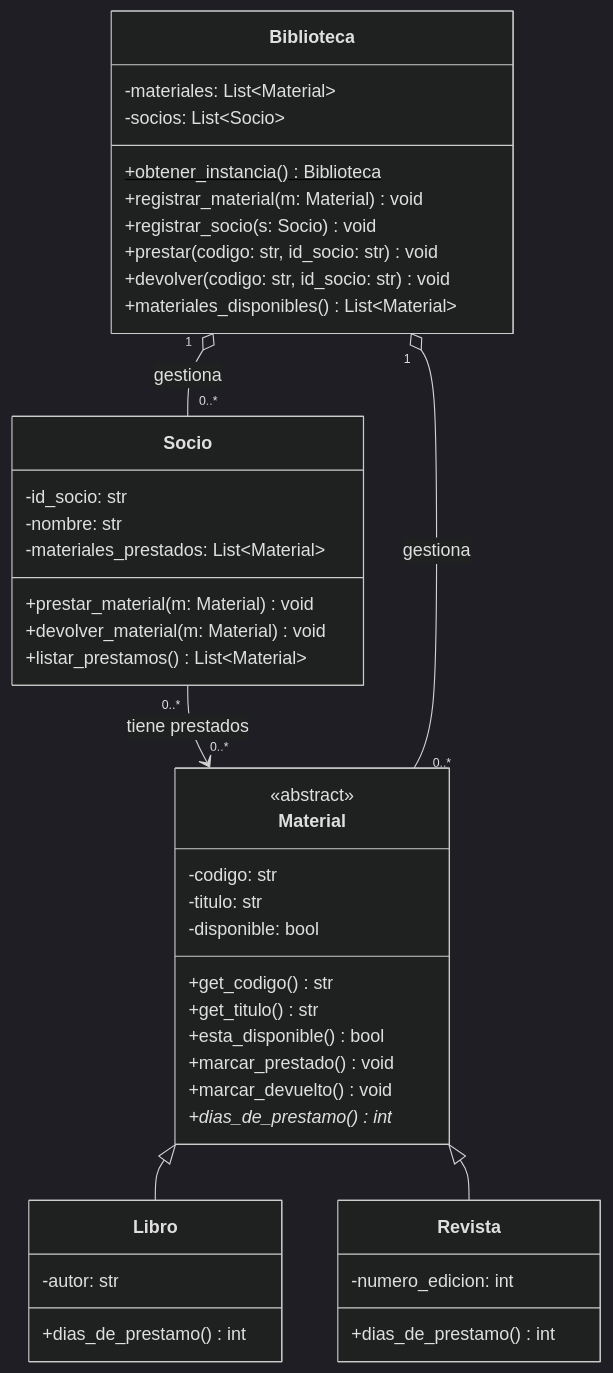
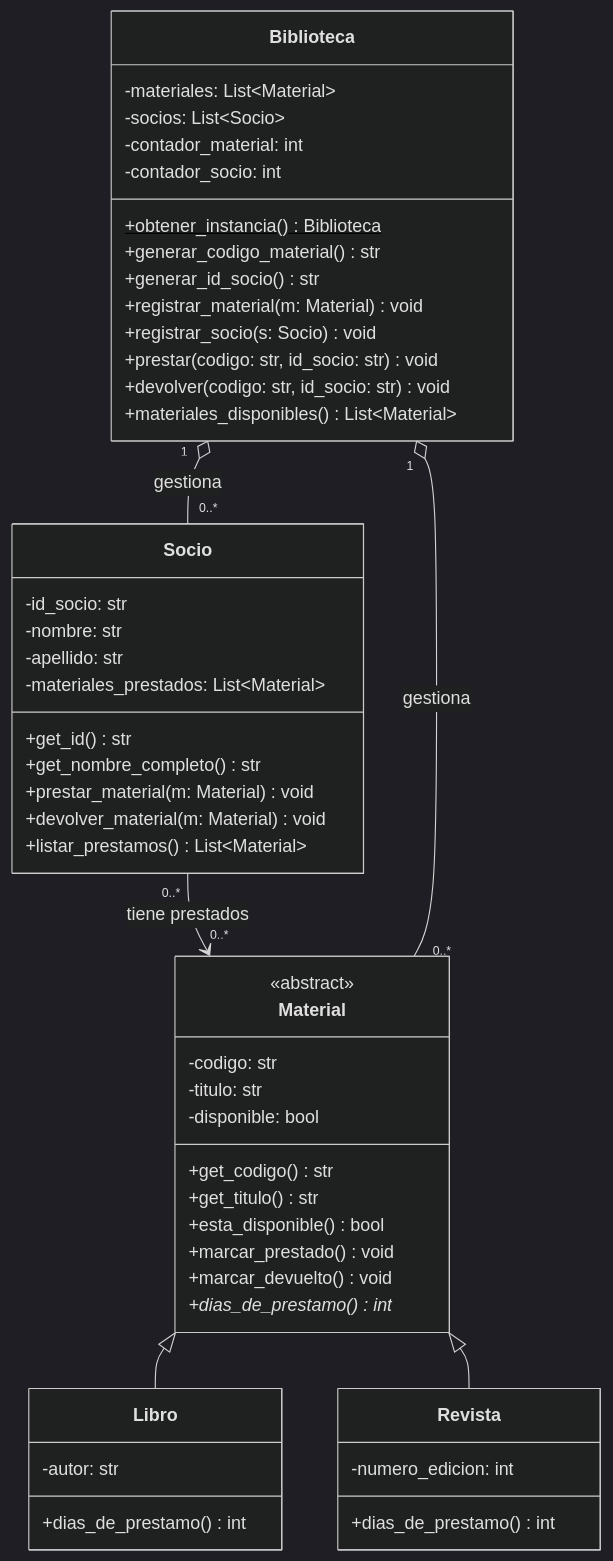
The diagram in README.md (Lucasfv12/GestorBiblioteca), drawn with Mermaid (dark theme) before and after one commit. The commit also changed other lines of this file, not shown here.

First line of the commit message:
Cambios en el UML

````diff
--- a/README.md
+++ b/README.md
@@ -34,51 +30,58 @@
 ```mermaid
 classDiagram
     class Material {
         <<abstract>>
         -codigo: str
         -titulo: str
         -disponible: bool
         +get_codigo() str
         +get_titulo() str
         +esta_disponible() bool
         +marcar_prestado() void
         +marcar_devuelto() void
         +dias_de_prestamo()* int
     }
 
     class Libro {
         -autor: str
         +dias_de_prestamo() int
     }
 
     class Revista {
         -numero_edicion: int
         +dias_de_prestamo() int
     }
 
     class Socio {
         -id_socio: str
         -nombre: str
+        -apellido: str
         -materiales_prestados: List~Material~
+        +get_id() str
+        +get_nombre_completo() str
         +prestar_material(m: Material) void
         +devolver_material(m: Material) void
         +listar_prestamos() List~Material~
     }
 
     class Biblioteca {
         -materiales: List~Material~
         -socios: List~Socio~
+        -contador_material: int
+        -contador_socio: int
         +obtener_instancia()$ Biblioteca
+        +generar_codigo_material() str
+        +generar_id_socio() str
         +registrar_material(m: Material) void
         +registrar_socio(s: Socio) void
         +prestar(codigo: str, id_socio: str) void
         +devolver(codigo: str, id_socio: str) void
         +materiales_disponibles() List~Material~
     }
 
     Material <|-- Libro
     Material <|-- Revista
     Socio "0..*" --> "0..*" Material : tiene prestados
     Biblioteca "1" o-- "0..*" Material : gestiona
     Biblioteca "1" o-- "0..*" Socio : gestiona
 ```
````
